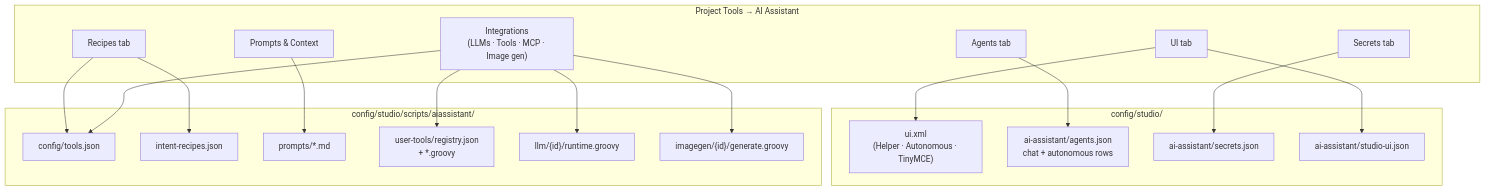
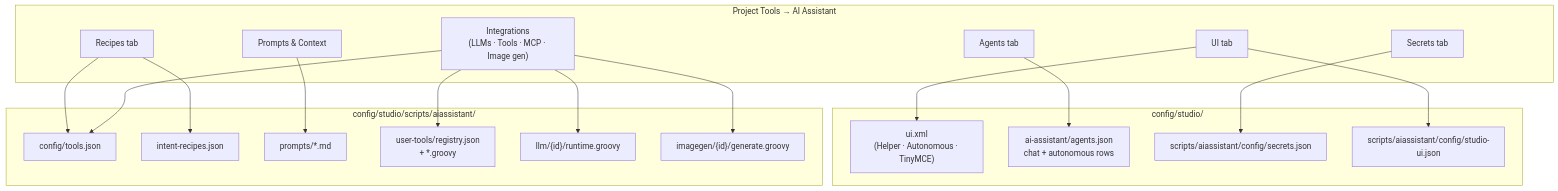
One commit to craftercms/ai-assistant-plugin changed the third of 13 diagrams in docs/architecture-diagrams.md. Above: the diagram before and after it, drawn with Mermaid. The commit also changed other lines of this file and 1 other file, not shown here.

First line of the commit message:
Fix architecture diagrams and spec paths to match runtime layout.

````diff
--- a/docs/architecture-diagrams.md
+++ b/docs/architecture-diagrams.md
@@ -139,39 +139,39 @@
 ```mermaid
 flowchart TB
   subgraph adminUi["Project Tools → AI Assistant"]
     TabUI["UI tab"]
     TabAgents["Agents tab"]
     TabRecipes["Recipes tab"]
     TabInt["Integrations\n(LLMs · Tools · MCP · Image gen)"]
     TabSecrets["Secrets tab"]
     TabPrompts["Prompts & Context"]
   end
 
   subgraph studioConfig["config/studio/"]
     UiXml["ui.xml\n(Helper · Autonomous · TinyMCE)"]
     Agents["ai-assistant/agents.json\nchat + autonomous rows"]
-    Secrets["ai-assistant/secrets.json"]
-    StudioUi["ai-assistant/studio-ui.json"]
+    Secrets["scripts/aiassistant/config/secrets.json"]
+    StudioUi["scripts/aiassistant/config/studio-ui.json"]
   end
 
   subgraph siteScripts["config/studio/scripts/aiassistant/"]
     ToolsJson["config/tools.json"]
     RecipesJson["intent-recipes.json"]
     PromptsMd["prompts/*.md"]
     UserTools["user-tools/registry.json\n+ *.groovy"]
     ScriptLlm["llm/{id}/runtime.groovy"]
     ImageGen["imagegen/{id}/generate.groovy"]
   end
 
   TabUI --> StudioUi
   TabUI --> UiXml
   TabAgents --> Agents
   TabSecrets --> Secrets
   TabRecipes --> RecipesJson
   TabRecipes --> ToolsJson
   TabInt --> ToolsJson
   TabInt --> ScriptLlm
   TabInt --> ImageGen
   TabInt --> UserTools
   TabPrompts --> PromptsMd
 ```
````
